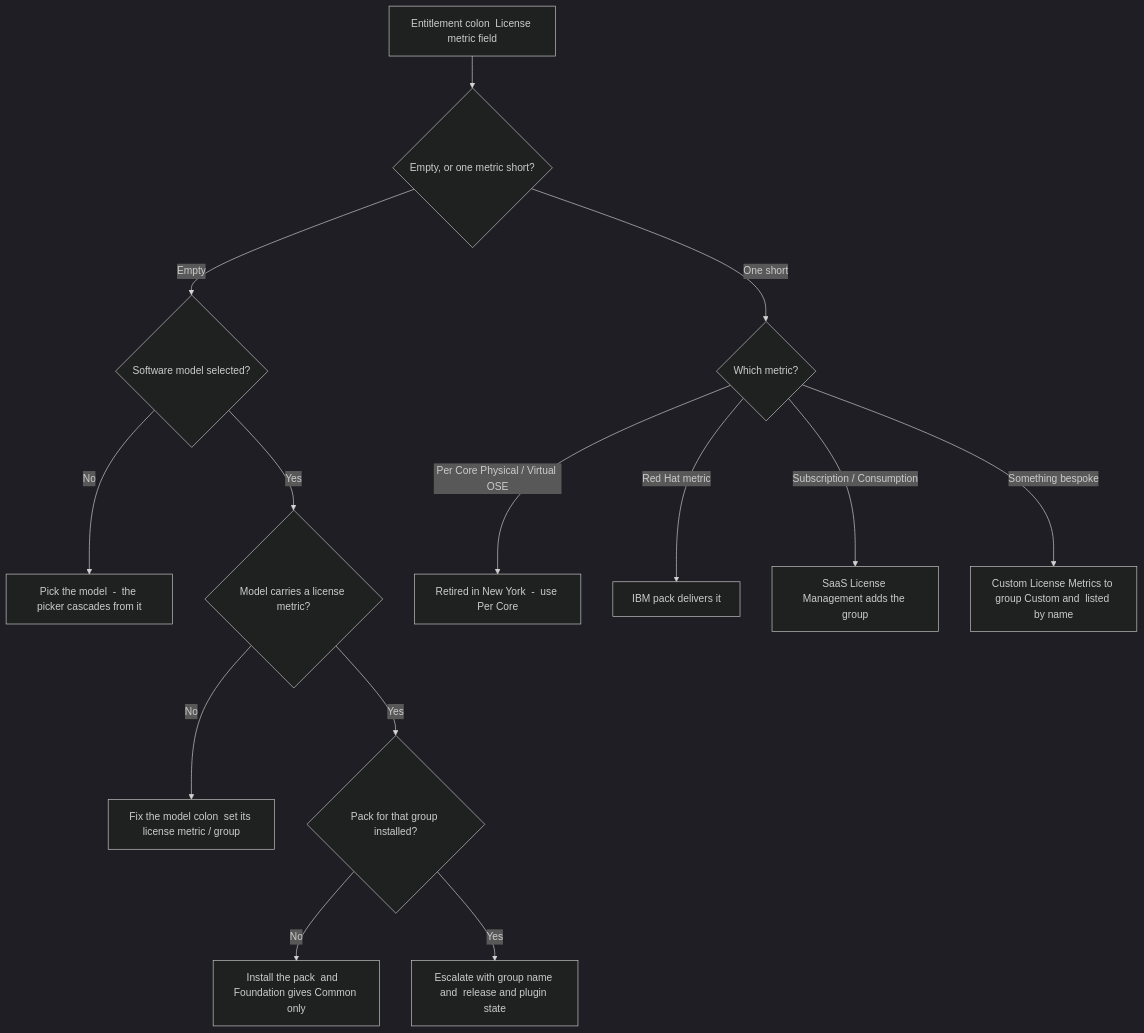
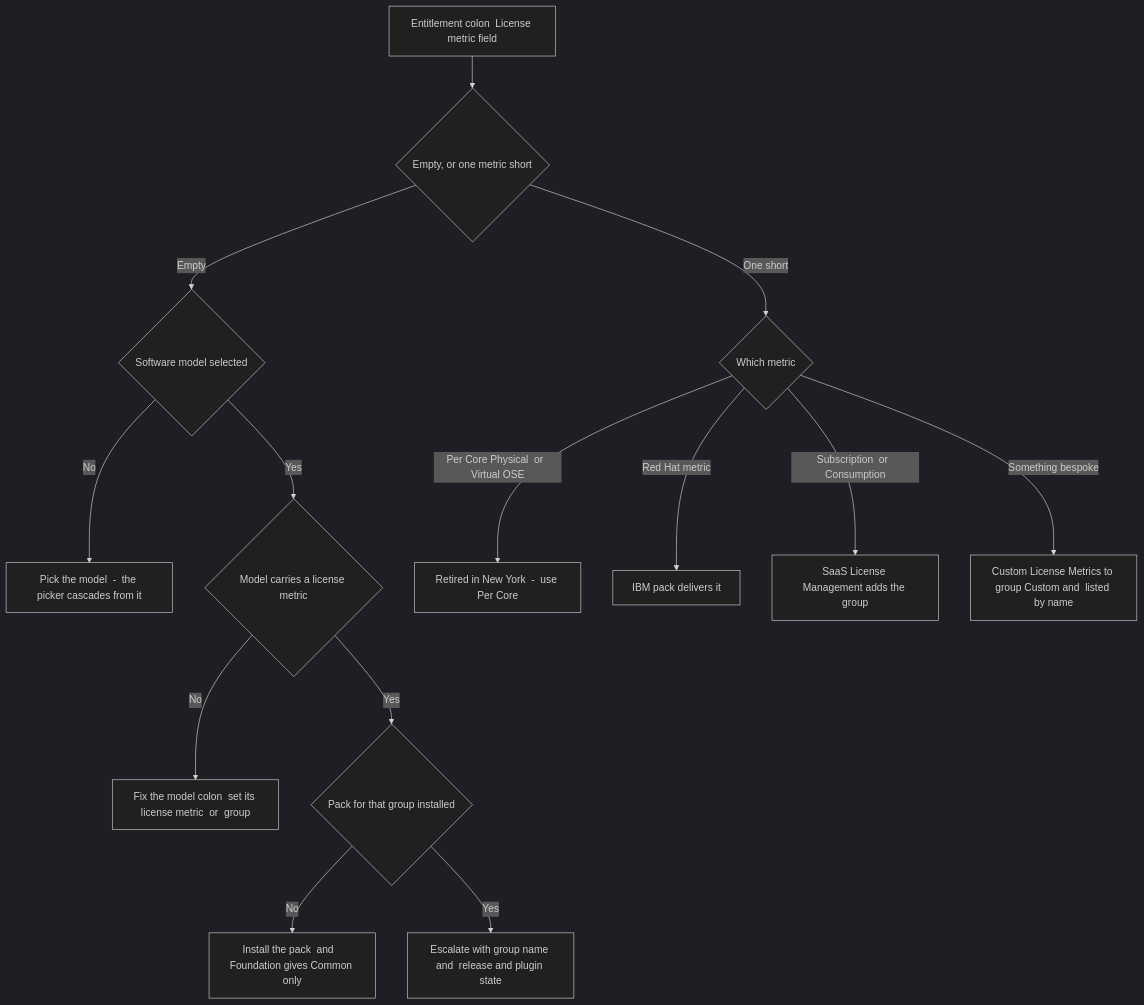
One commit to eltonaguiar/ServiceNow_Learning_TSOM-_CSM_FSM_SalesCRM_HAM_ITSM changed the fourth of 8 diagrams in docs/modules/sam/sam-guide.md. Above: the diagram before and after it, drawn with Mermaid (dark theme). The commit also changed other lines of this file and 19 other files, not shown here.

First line of the commit message:
Fix Mermaid diagram syntax errors - replace problematic chars in text content only

````diff
--- a/docs/modules/sam/sam-guide.md
+++ b/docs/modules/sam/sam-guide.md
@@ -550,16 +550,16 @@
 ```mermaid
 flowchart TD
-    A[Entitlement colon  License metric field] --> B{Empty, or one metric short?}
-    B -->|Empty| C{Software model selected?}
+    A[Entitlement colon  License metric field] --> B{Empty, or one metric short}
+    B -->|Empty| C{Software model selected}
     C -->|No| C1[Pick the model  -  the picker cascades from it]
-    C -->|Yes| D{Model carries a license metric?}
-    D -->|No| D1[Fix the model colon  set its license metric / group]
-    D -->|Yes| E{Pack for that group installed?}
+    C -->|Yes| D{Model carries a license metric}
+    D -->|No| D1[Fix the model colon  set its license metric  or  group]
+    D -->|Yes| E{Pack for that group installed}
     E -->|No| E1[Install the pack  and   Foundation gives Common only]
     E -->|Yes| E2[Escalate with group name and  release and plugin state]
-    B -->|One short| F{Which metric?}
-    F -->|Per Core Physical / Virtual OSE| F1[Retired in New York  -  use Per Core]
+    B -->|One short| F{Which metric}
+    F -->|Per Core Physical  or  Virtual OSE| F1[Retired in New York  -  use Per Core]
     F -->|Red Hat metric| F2[IBM pack delivers it]
-    F -->|Subscription / Consumption| F3[SaaS License Management adds the group]
+    F -->|Subscription  or  Consumption| F3[SaaS License Management adds the group]
     F -->|Something bespoke| G[Custom License Metrics to group Custom and  listed by name]
 ```
````
